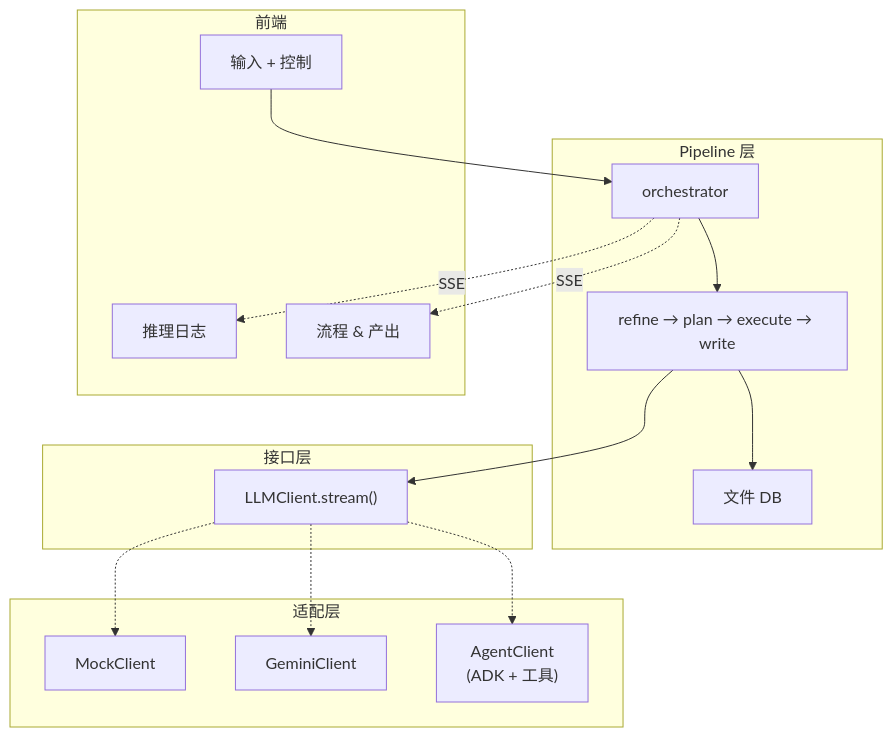
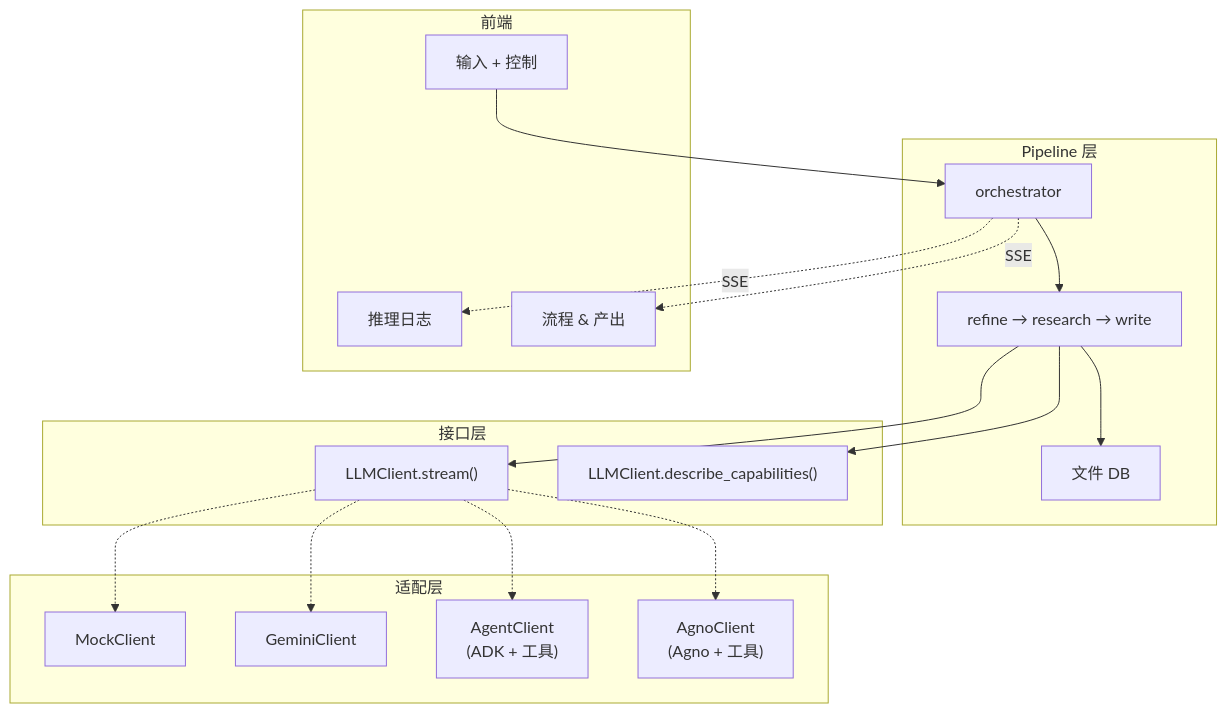
The diagram in docs/CN/architecture.md (dozybot001/maars), drawn with Mermaid before and after one commit. The commit also changed other lines of this file and 24 other files, not shown here.

First line of the commit message:
refactor: merge Plan+Execute into ResearchStage with calibrate, redecompose, and dynamic atomic definition

````diff
--- a/docs/CN/architecture.md
+++ b/docs/CN/architecture.md
@@ -15,32 +15,36 @@
 ```mermaid
 flowchart TB
     subgraph Pipeline["Pipeline 层"]
-        ORCH["orchestrator"] --> STAGES["refine → plan → execute → write"]
+        ORCH["orchestrator"] --> STAGES["refine → research → write"]
         STAGES --> DB["文件 DB"]
     end
 
     subgraph Interface["接口层"]
         LLM["LLMClient.stream()"]
+        LLM2["LLMClient.describe_capabilities()"]
     end
 
     subgraph Adapters["适配层"]
         MOCK["MockClient"]
         GEMINI["GeminiClient"]
-        AGENT["AgentClient\n(ADK + 工具)"]
+        ADK["AgentClient\n(ADK + 工具)"]
+        AGNO["AgnoClient\n(Agno + 工具)"]
     end
 
     STAGES --> LLM
+    STAGES --> LLM2
     LLM -.-> MOCK
     LLM -.-> GEMINI
-    LLM -.-> AGENT
+    LLM -.-> ADK
+    LLM -.-> AGNO
 
     subgraph FE["前端"]
         UI["输入 + 控制"]
         LOG["推理日志"]
         PROC["流程 & 产出"]
     end
 
     UI --> ORCH
     ORCH -."SSE".-> LOG
     ORCH -."SSE".-> PROC
 ```
````
